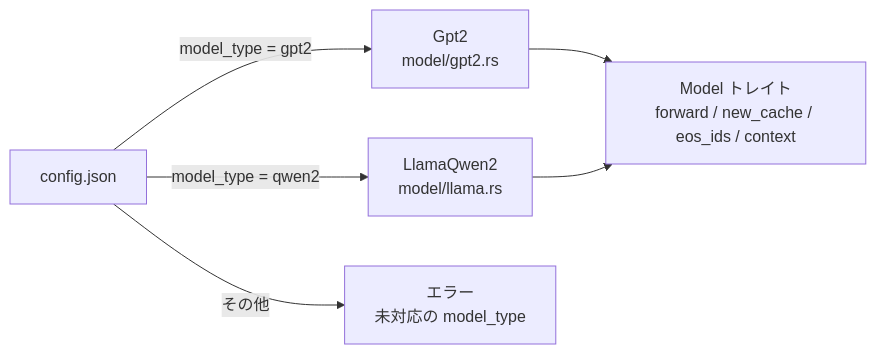
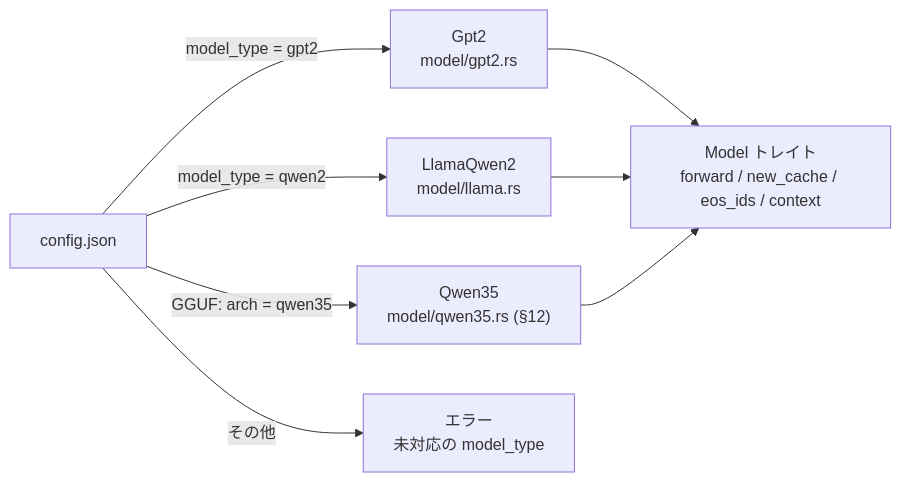
Before and after one commit to ahinore/denno-beta: the fourth of 10 diagrams in docs/ARCHITECTURE.ja.md, drawn with Mermaid. The commit also changed other lines of this file and 1 other file, not shown here.

Commit message:
docs: アーキテクチャ解説を現状に同期 (CUDA 節を実装済み構成に書き直し+Qwen3.5 を全体図へ)

````diff
--- a/docs/ARCHITECTURE.ja.md
+++ b/docs/ARCHITECTURE.ja.md
@@ -258,8 +266,10 @@
 ```mermaid
 flowchart LR
     A[config.json] -->|"model_type = gpt2"| B[Gpt2<br/>model/gpt2.rs]
     A -->|"model_type = qwen2"| C[LlamaQwen2<br/>model/llama.rs]
+    A -->|"GGUF: arch = qwen35"| Q35["Qwen35<br/>model/qwen35.rs (§12)"]
     A -->|その他| D[エラー<br/>未対応の model_type]
     B --> E[Model トレイト<br/>forward / new_cache / eos_ids / context]
     C --> E
+    Q35 --> E
 ```
````
